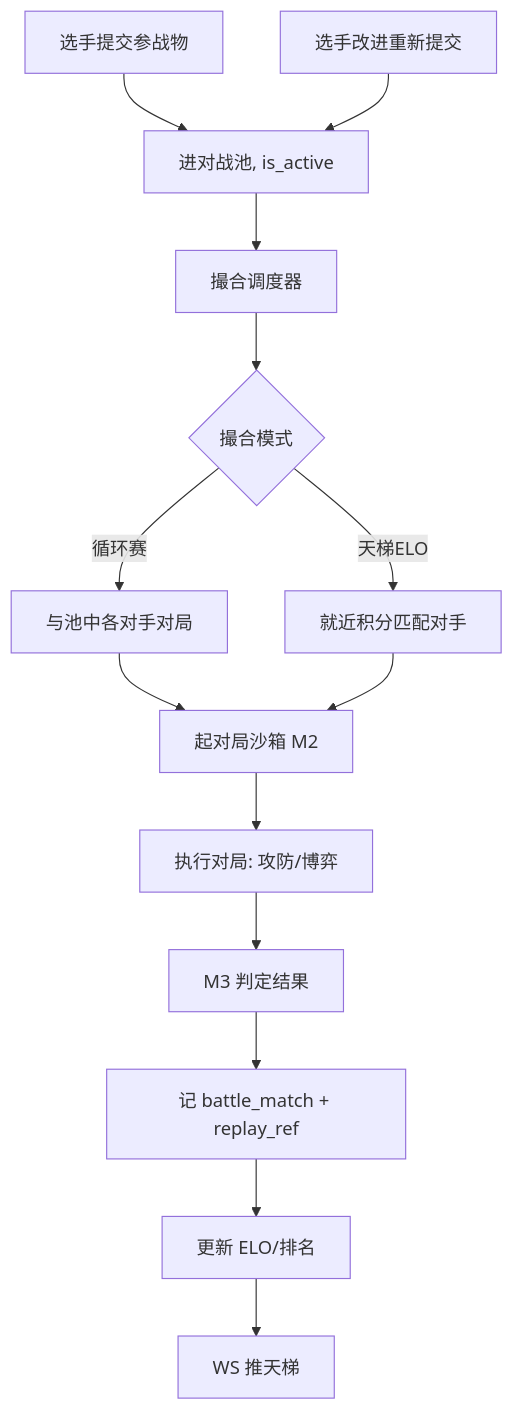
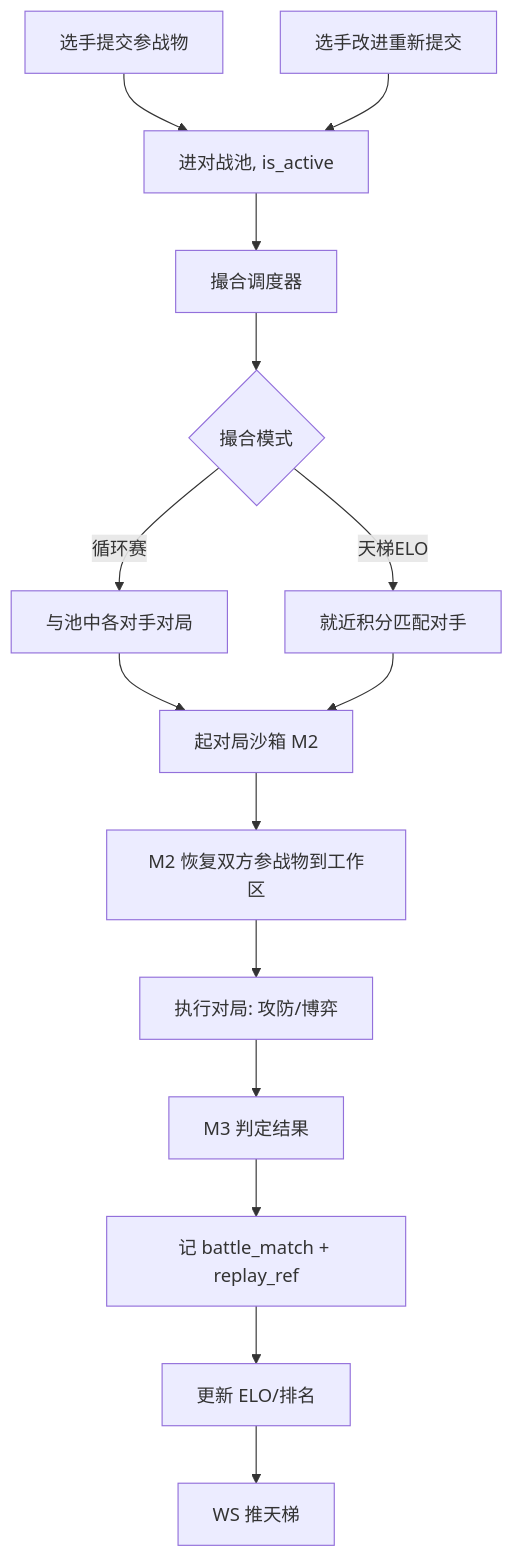
One commit to menghuishisan/CHAIMIR changed the fourth of 8 diagrams in docs/08-竞赛/05-业务流程与状态机.md. Above: the diagram before and after it, drawn with Mermaid. The commit also changed other lines of this file and 75 other files, not shown here.

````diff
--- a/docs/08-竞赛/05-业务流程与状态机.md
+++ b/docs/08-竞赛/05-业务流程与状态机.md
@@ -66,16 +66,17 @@
 ```mermaid
 flowchart TD
     A[选手提交参战物] --> B[进对战池, is_active]
     B --> C[撮合调度器]
     C --> D{撮合模式}
     D -->|循环赛| E[与池中各对手对局]
     D -->|天梯ELO| F[就近积分匹配对手]
     E --> G[起对局沙箱 M2]
     F --> G
-    G --> H[执行对局: 攻防/博弈]
+    G --> H0[M2 恢复双方参战物到工作区]
+    H0 --> H[执行对局: 攻防/博弈]
     H --> I[M3 判定结果]
     I --> J[记 battle_match + replay_ref]
     J --> K[更新 ELO/排名]
     K --> L[WS 推天梯]
     A2[选手改进重新提交] --> B
 ```
````
